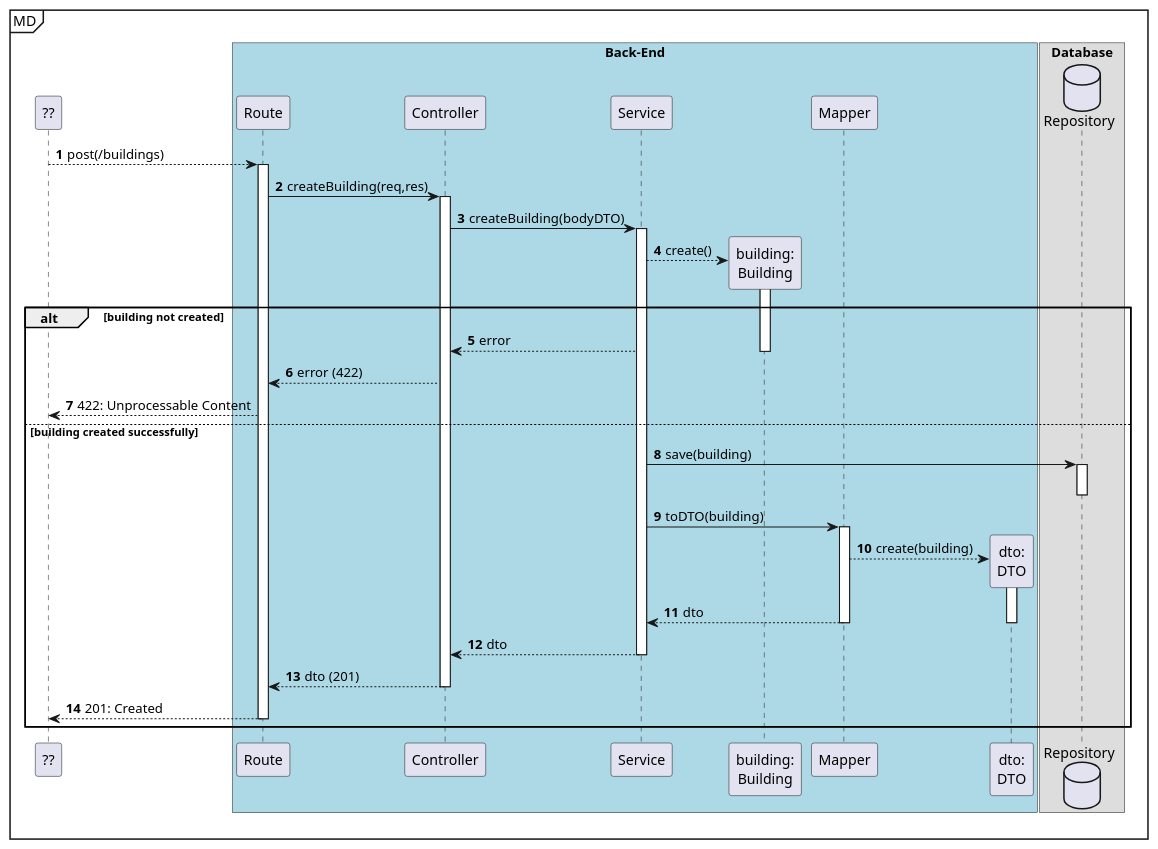
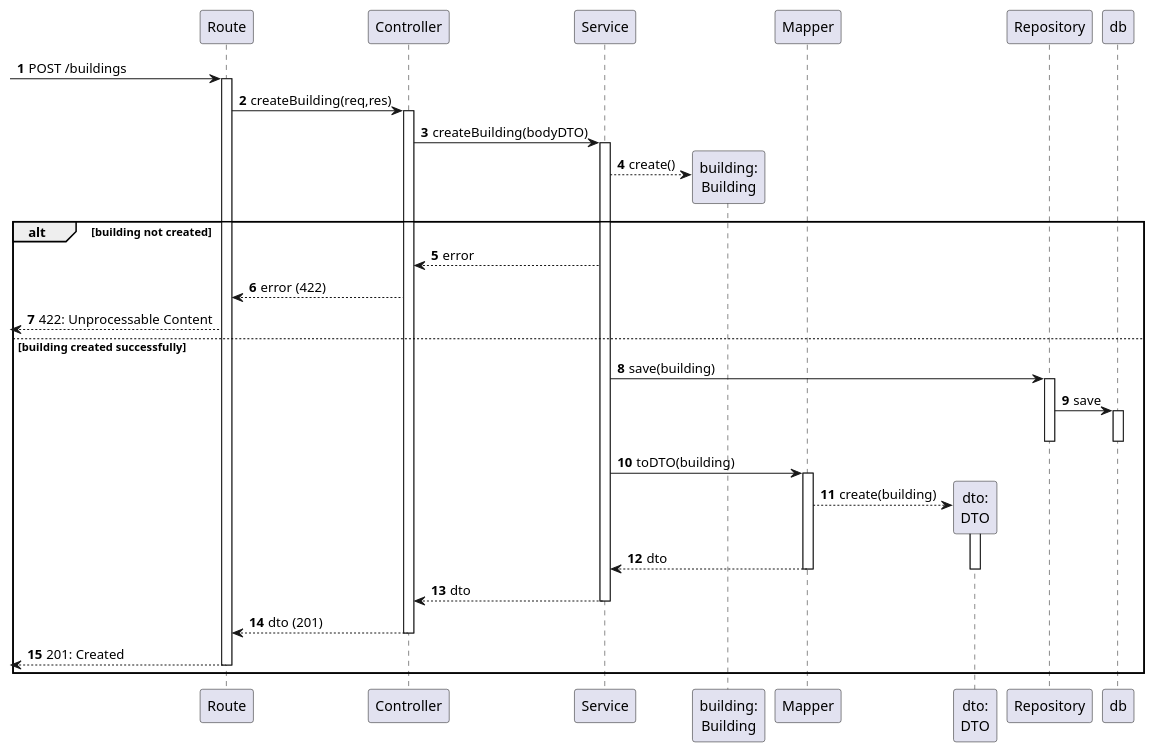
Before and after one commit to Departamento-de-Engenharia-Informatica/lapr5-23-24-g19: the diagram in docs/us150/level3/process-view.puml, drawn with PlantUML. The commit also changed 7 other files, not shown here.

```diff
--- a/docs/us150/level3/process-view.puml
+++ b/docs/us150/level3/process-view.puml
@@ -1,66 +1,54 @@
 @startuml
 autonumber
-
-participant "??" as ui
-mainframe MD
-box "Back-End" #LightBlue
 
 participant "Route" as r
 participant "Controller" as ctrl
 participant "Service" as svc
+participant "Repository" as repo
 
 participant "building:\nBuilding" as b
 participant "Mapper" as map
 participant "dto:\nDTO" as dto
-end box
-box "Database"
-database "Repository" as repo
-end box
+
+participant "DBDriver" as repo
 
 'activate ui
-ui --> r: post(/buildings)
+[-> r : POST /buildings
+activate r
+    r -> ctrl : createBuilding(req,res)
 
-    activate r
-        r -> ctrl : createBuilding(req,res)
-            activate ctrl
-                ctrl -> svc : createBuilding(bodyDTO)
-                activate svc
+    activate ctrl
+        ctrl -> svc : createBuilding(bodyDTO)
+        activate svc
+            svc --> b ** : create()
 
-                    svc --> b **: create()
-                    activate b
+            alt building not created
+                svc --> ctrl : error
+                ctrl --> r : error (422)
+                [<-- r : 422: Unprocessable Content
+            else building created successfully
+                svc -> repo : save(building)
+                activate repo
+                    repo -> db : save
+                    activate db
+                    deactivate db
+                deactivate repo
 
+                svc -> map : toDTO(building)
+                activate map
+                    map --> dto **: create(building)
+                    activate dto
+                        map --> svc : dto
+                    deactivate dto
+                deactivate map
 
-                    alt building not created
-                        svc --> ctrl : error
-                        deactivate b
-                        ctrl --> r : error (422)
-                        r --> ui : 422: Unprocessable Content
-                    else building created successfully
-                    svc -> repo : save(building)
-                    activate repo
-                    deactivate repo
+                svc --> ctrl : dto
+            deactivate svc
 
-                    svc -> map : toDTO(building)
-                    activate map
-                        map --> dto **: create(building)
-                        activate dto
-
-                        map --> svc : dto
-                        deactivate dto
-                    deactivate map
-
-                    svc --> ctrl : dto
-                deactivate svc
-
-                ctrl --> r : dto (201)
-            deactivate ctrl
-
-
-
-
-    r --> ui: 201: Created
+            ctrl --> r : dto (201)
+        deactivate ctrl
+    [<-- r : 201: Created
 deactivate r
-    end
-'deactivate ui
+end
 
 @enduml
```
